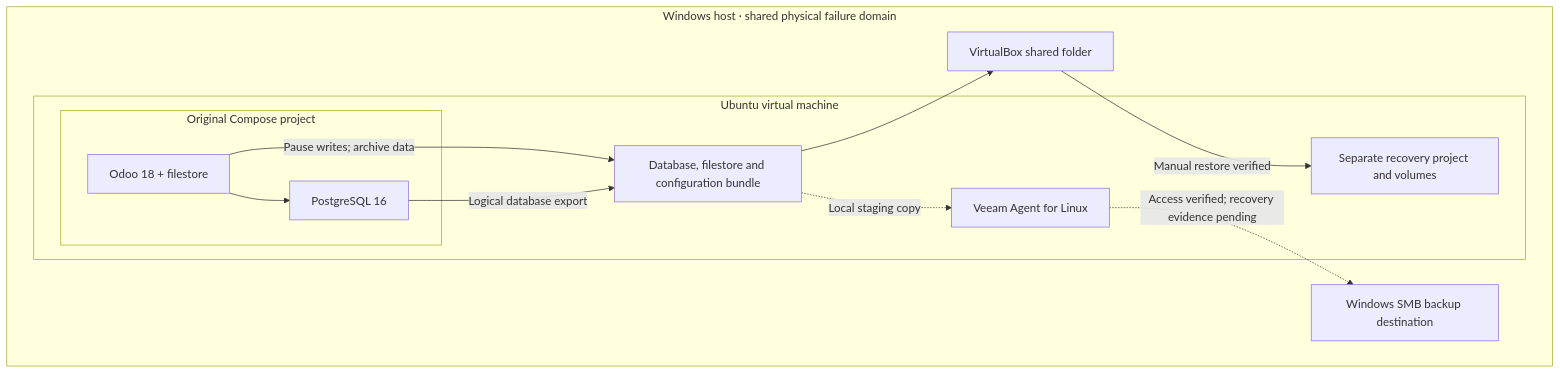
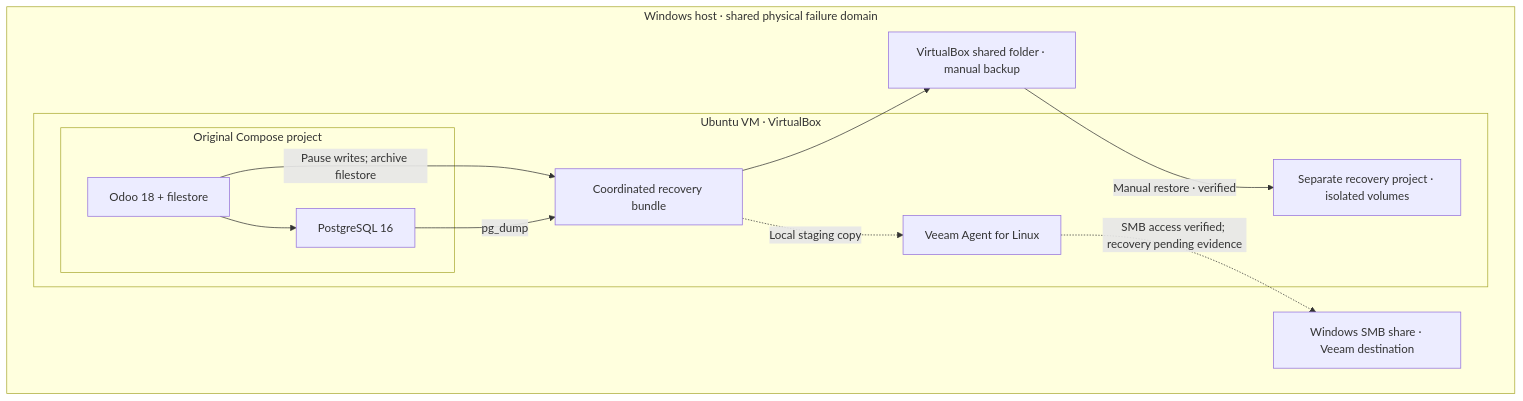
Before and after one commit to Daakpo/Odoo-Backup-Recovery-Lab: the first of 2 diagrams in README.md, drawn with Mermaid. The commit also changed other lines of this file and 142 other files, not shown here.

Commit message:
Publish recovery guides, sanitized configs, report and 118 evidence screenshots

````diff
--- a/README.md
+++ b/README.md
@@ -27,21 +29,21 @@
 ```mermaid
 flowchart TD
   subgraph host["Windows host · shared physical failure domain"]
-    subgraph guest["Ubuntu virtual machine"]
-      subgraph original["Original Compose project"]
+    subgraph guest["Ubuntu VM · VirtualBox"]
+      subgraph source["Original Compose project"]
         app["Odoo 18 + filestore"] --> db["PostgreSQL 16"]
       end
-      bundle["Database, filestore and configuration bundle"]
-      app -->|"Pause writes; archive data"| bundle
-      db -->|"Logical database export"| bundle
-      recovery["Separate recovery project and volumes"]
+      bundle["Coordinated recovery bundle"]
+      app -->|"Pause writes; archive filestore"| bundle
+      db -->|"pg_dump"| bundle
+      recovery["Separate recovery project · isolated volumes"]
       agent["Veeam Agent for Linux"]
     end
-    folder["VirtualBox shared folder"]
-    smb["Windows SMB backup destination"]
+    folder["VirtualBox shared folder · manual backup"]
+    smb["Windows SMB share · Veeam destination"]
     bundle --> folder
-    folder -->|"Manual restore verified"| recovery
+    folder -->|"Manual restore · verified"| recovery
     bundle -.->|"Local staging copy"| agent
-    agent -.->|"Access verified; recovery evidence pending"| smb
+    agent -.->|"SMB access verified; recovery pending evidence"| smb
   end
 ```
````
